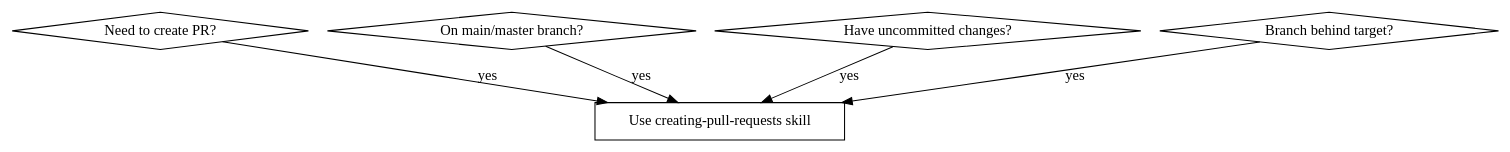
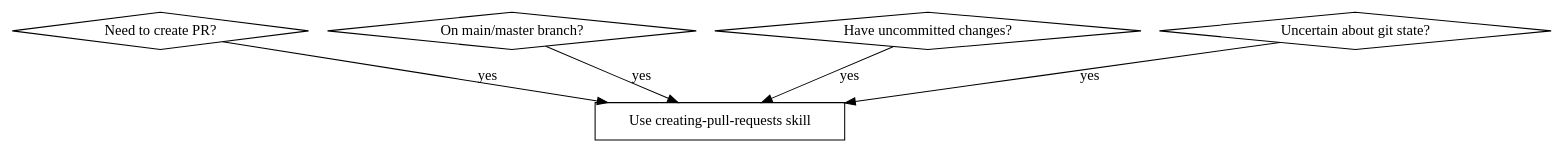
Before and after one commit to baleen37/dotfiles: the diagram in users/shared/.config/claude/skills/creating-pull-requests/SKILL.md, drawn with Graphviz. The commit also changed other lines of this file and 1 other file, not shown here.

First line of the commit message:
refactor: optimize creating-pull-requests skill with tools directory

````diff
--- a/users/shared/.config/claude/skills/creating-pull-requests/SKILL.md
+++ b/users/shared/.config/claude/skills/creating-pull-requests/SKILL.md
@@ -53,14 +40,14 @@
 ```dot
 digraph when_to_use {
     "Need to create PR?" [shape=diamond];
     "On main/master branch?" [shape=diamond];
     "Have uncommitted changes?" [shape=diamond];
-    "Branch behind target?" [shape=diamond];
+    "Uncertain about git state?" [shape=diamond];
     "Use creating-pull-requests skill" [shape=box];
 
     "Need to create PR?" -> "Use creating-pull-requests skill" [label="yes"];
     "On main/master branch?" -> "Use creating-pull-requests skill" [label="yes"];
     "Have uncommitted changes?" -> "Use creating-pull-requests skill" [label="yes"];
-    "Branch behind target?" -> "Use creating-pull-requests skill" [label="yes"];
+    "Uncertain about git state?" -> "Use creating-pull-requests skill" [label="yes"];
 }
 ```
````
